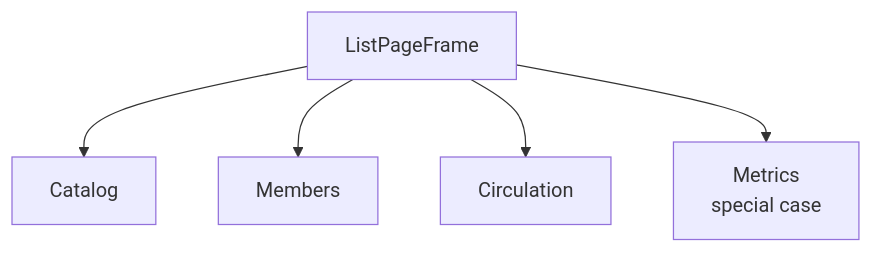
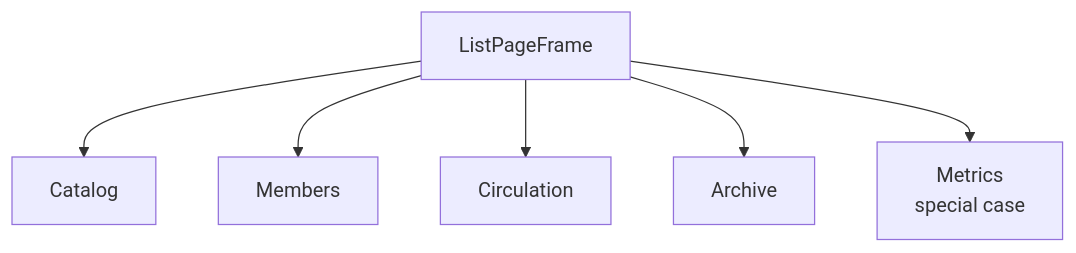
One commit to medaminben/VLMS changed the sixth of 27 diagrams in docs/architecture/beta-uml.md. Above: the diagram before and after it, drawn with Mermaid. The commit also changed other lines of this file, not shown here.

Commit message:
Refresh the Beta UML for the library split and schema 7.

````diff
--- a/docs/architecture/beta-uml.md
+++ b/docs/architecture/beta-uml.md
@@ -137,8 +162,9 @@
 ```mermaid
 flowchart TD
     Frame[ListPageFrame]
     Frame --> C[Catalog]
     Frame --> M[Members]
     Frame --> L[Circulation]
+    Frame --> A[Archive]
     Frame --> X[Metrics<br/>special case]
 ```
````
